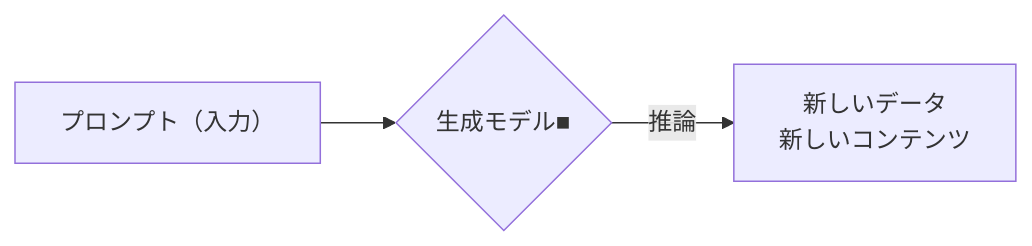
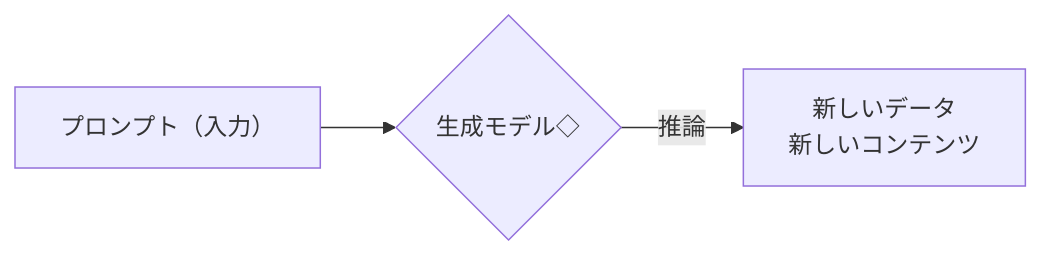
Before and after one commit to SparklingDetergent/doc_genai_Using_Generative_AI_with_Mac_Mini_-Introduction-: the third of 14 diagrams in README.md, drawn with Mermaid. The commit also changed other lines of this file, not shown here.

````diff
--- a/README.md
+++ b/README.md
@@ -94,4 +94,4 @@
 ```mermaid
 graph LR
-    G[プロンプト（入力）] --> E{生成モデル■} --> |推論| F[新しいデータ<BR/>新しいコンテンツ];
+    G[プロンプト（入力）] --> E{生成モデル◇} --> |推論| F[新しいデータ<BR/>新しいコンテンツ];
 ```
````
